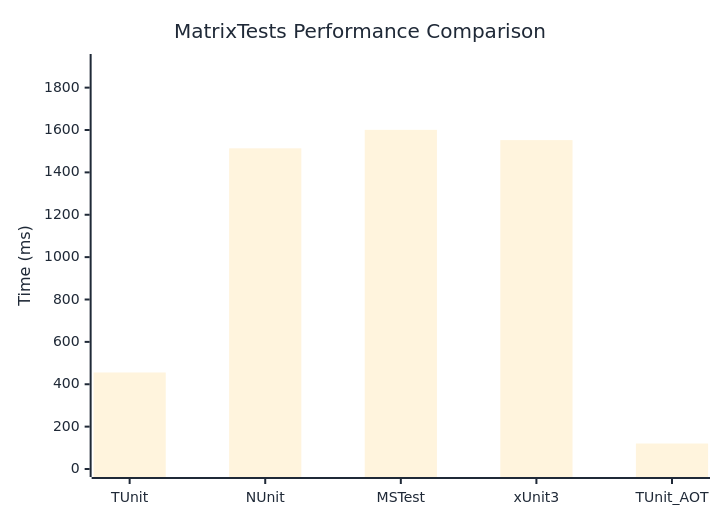
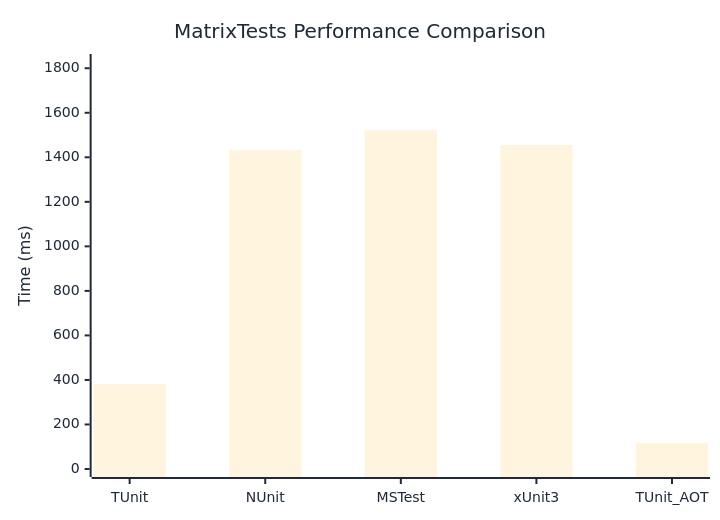
The diagram in docs/docs/benchmarks/engine/MatrixTests.md (thomhurst/TUnit), drawn with Mermaid before and after one commit. The commit also changed other lines of this file and 18 other files, not shown here.

````diff
--- a/docs/docs/benchmarks/engine/MatrixTests.md
+++ b/docs/docs/benchmarks/engine/MatrixTests.md
@@ -29,37 +29,37 @@
 ```mermaid
 %%{init: {
   'theme':'base',
   'themeVariables': {
     'primaryColor': '#2563eb',
     'primaryTextColor': '#1f2937',
     'primaryBorderColor': '#1e40af',
     'lineColor': '#6b7280',
     'secondaryColor': '#7c3aed',
     'tertiaryColor': '#dc2626',
     'background': '#ffffff',
     'mainBkg': '#2563eb',
     'secondBkg': '#7c3aed',
     'tertiaryBkg': '#dc2626',
     'clusterBkg': '#f3f4f6',
     'edgeLabelBackground': '#ffffff',
     'tertiaryTextColor': '#1f2937',
     'pie1': '#2563eb',
     'pie2': '#7c3aed',
     'pie3': '#dc2626',
     'pie4': '#f59e0b',
     'pie5': '#10b981',
     'pie6': '#06b6d4',
     'pie7': '#ec4899',
     'pie8': '#6366f1',
     'pie9': '#84cc16',
     'pie10': '#f97316',
     'pie11': '#14b8a6',
     'pie12': '#a855f7'
   }
 }}%%
 xychart-beta
   title "MatrixTests Performance Comparison"
   x-axis ["TUnit", "NUnit", "MSTest", "xUnit3", "TUnit_AOT"]
-  y-axis "Time (ms)" 0 --> 1921
-  bar [455.6, 1513.5, 1600.8, 1552.3, 120.3]
+  y-axis "Time (ms)" 0 --> 1828
+  bar [382.4, 1432.9, 1523.1, 1455.4, 116.1]
 ```
````
